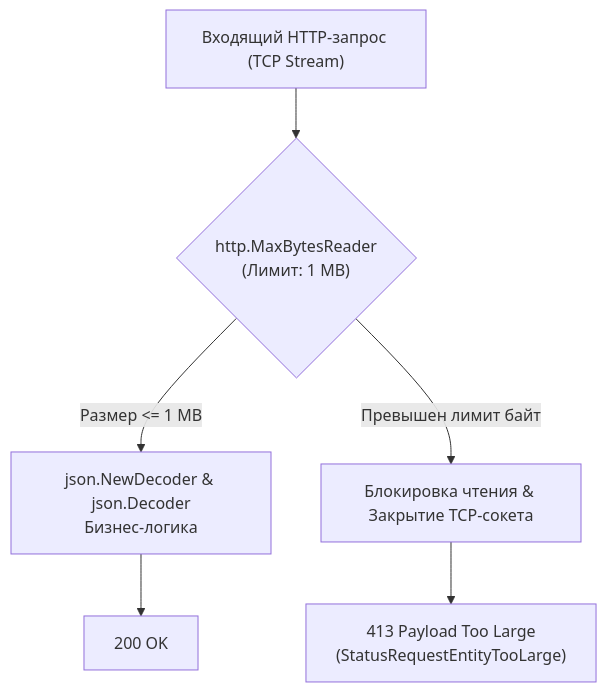
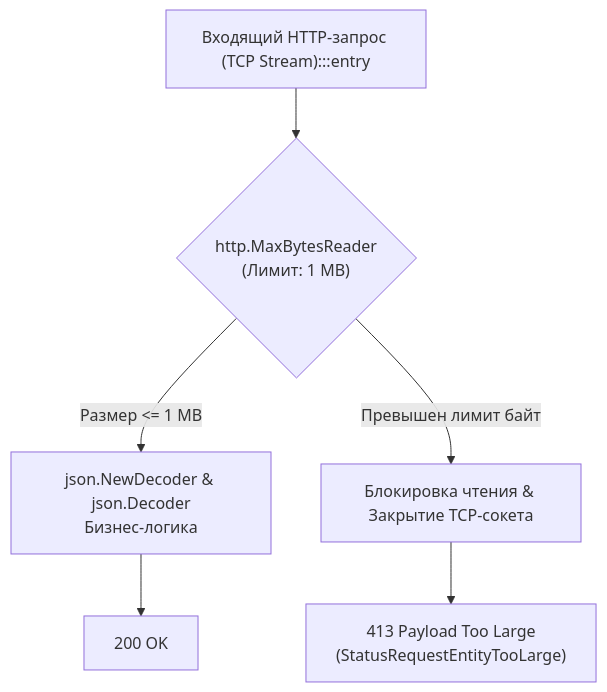
The first of 3 diagrams in sources/10. Проектирование API и Сетевые протоколы/38. Edge cases API.md (UnrealTemplier/go-textbook), drawn with Mermaid before and after one commit. The commit also changed 1666 other files, not shown here.

First line of the commit message:
feat(mermaid): add semantic color classDef to 1369 colorless flowchart/graph diagrams

````diff
--- a/sources/10. Проектирование API и Сетевые протоколы/38. Edge cases API.md
+++ b/sources/10. Проектирование API и Сетевые протоколы/38. Edge cases API.md
@@ -36,8 +36,18 @@
 ```mermaid
 flowchart TD
-    Req["Входящий HTTP-запрос (TCP Stream)"] --> Limit{"http.MaxBytesReader\n(Лимит: 1 MB)"}
+    classDef process  fill:#1e293b,stroke:#38bdf8,stroke-width:1px,color:#f8fafc
+    classDef success  fill:#064e3b,stroke:#34d399,stroke-width:1px,color:#f8fafc
+    classDef error    fill:#7f1d1d,stroke:#f87171,stroke-width:1px,color:#f8fafc
+    classDef warning  fill:#78350f,stroke:#fbbf24,stroke-width:1px,color:#f8fafc
+    classDef entry    fill:#1e3a5f,stroke:#38bdf8,stroke-width:2px,color:#f8fafc
+    classDef aux      fill:#334155,stroke:#64748b,stroke-width:1px,color:#f8fafc
+    classDef system   fill:#312e81,stroke:#a78bfa,stroke-width:1px,color:#f8fafc
+    classDef data     fill:#132d29,stroke:#2dd4bf,stroke-width:1px,color:#f8fafc
+    classDef network  fill:#881337,stroke:#fb7185,stroke-width:1px,color:#f8fafc
+    classDef accent   fill:#1e1b4b,stroke:#818cf8,stroke-width:1px,color:#f8fafc
+    Req["Входящий HTTP-запрос (TCP Stream):::entry"] --> Limit{"http.MaxBytesReader\n(Лимит: 1 MB)"}
     Limit -->|"Размер <= 1 MB"| Decoder["json.NewDecoder & json.Decoder\nБизнес-логика"]
     Decoder --> RespOK["200 OK"]
     Limit -->|"Превышен лимит байт"| Trunc["Блокировка чтения & Закрытие TCP-сокета"]
     Trunc --> Resp413["413 Payload Too Large\n(StatusRequestEntityTooLarge)"]
 ```
````
